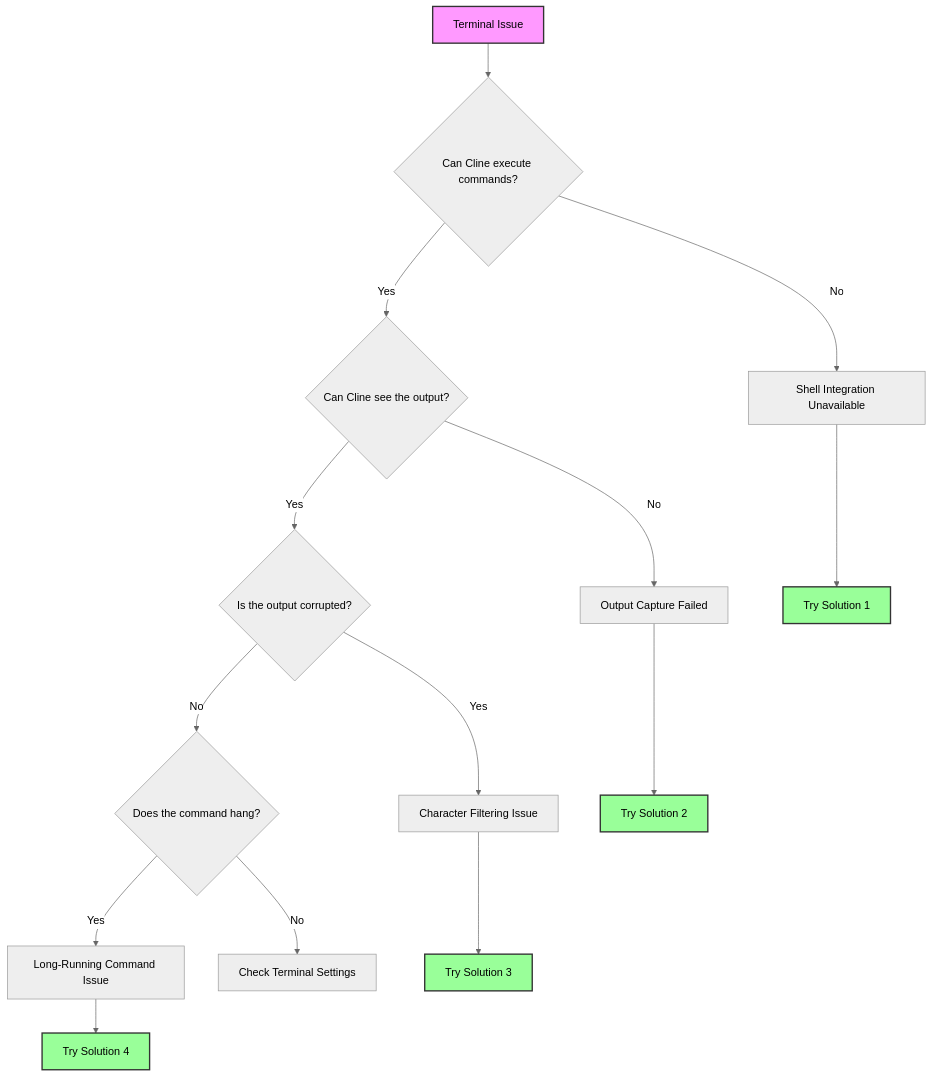
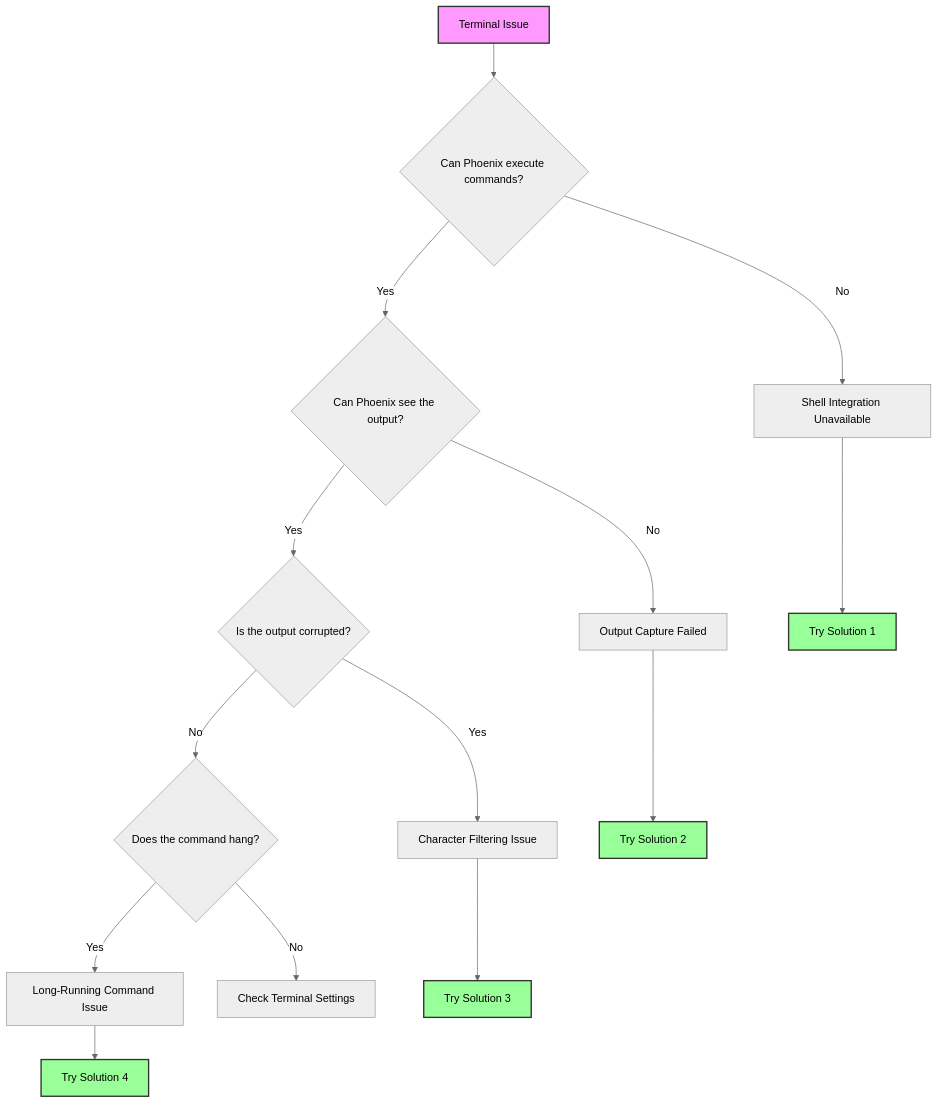
The diagram in troubleshooting/terminal-integration-guide.mdx (sai-cogni/docs), drawn with Mermaid (neutral theme) before and after one commit. The commit also changed other lines of this file and 70 other files, not shown here.

Commit message:
Rename Cline to Phoenix throughout documentation

````diff
--- a/troubleshooting/terminal-integration-guide.mdx
+++ b/troubleshooting/terminal-integration-guide.mdx
@@ -20,23 +20,23 @@
 ```mermaid
 graph TD
-    A[Terminal Issue] --> B{Can Cline execute commands?}
+    A[Terminal Issue] --> B{Can Phoenix execute commands?}
     B -->|No| C[Shell Integration Unavailable]
-    B -->|Yes| D{Can Cline see the output?}
+    B -->|Yes| D{Can Phoenix see the output?}
     D -->|No| E[Output Capture Failed]
     D -->|Yes| F{Is the output corrupted?}
     F -->|Yes| G[Character Filtering Issue]
     F -->|No| H{Does the command hang?}
     H -->|Yes| I[Long-Running Command Issue]
     H -->|No| J[Check Terminal Settings]
 
     C --> K[Try Solution 1]
     E --> L[Try Solution 2]
     G --> M[Try Solution 3]
     I --> N[Try Solution 4]
 
     style A fill:#f9f,stroke:#333,stroke-width:2px
     style K fill:#9f9,stroke:#333,stroke-width:2px
     style L fill:#9f9,stroke:#333,stroke-width:2px
     style M fill:#9f9,stroke:#333,stroke-width:2px
     style N fill:#9f9,stroke:#333,stroke-width:2px
 ```
````
